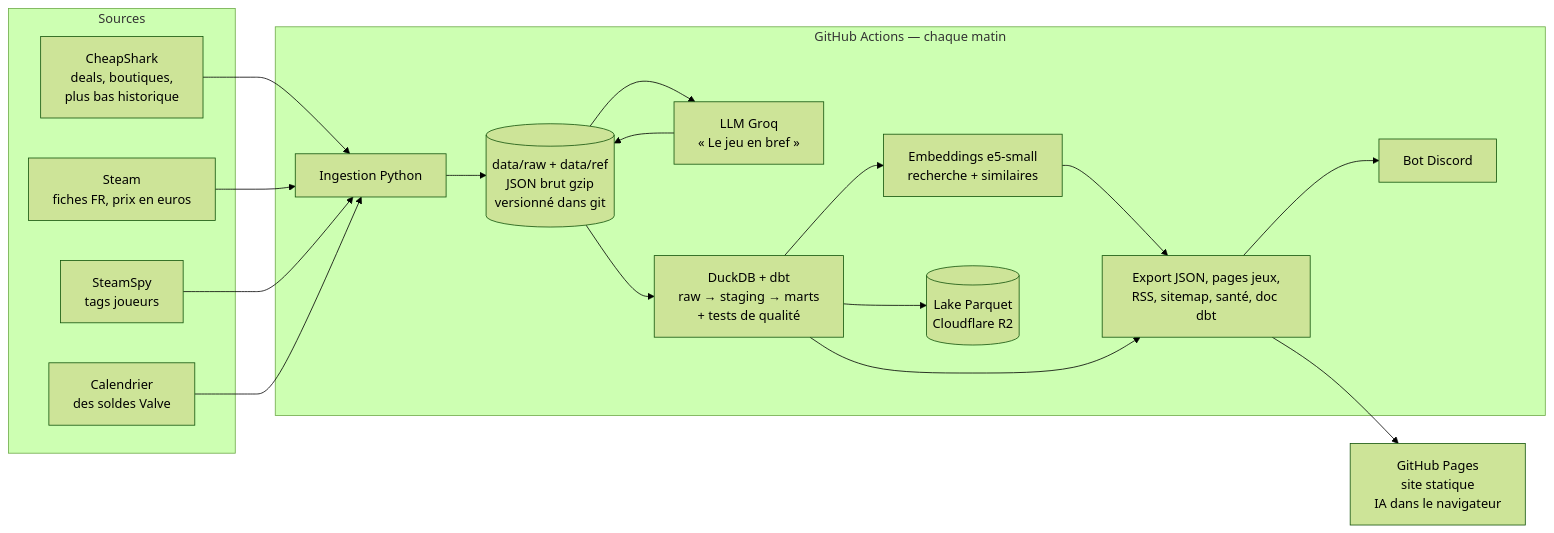
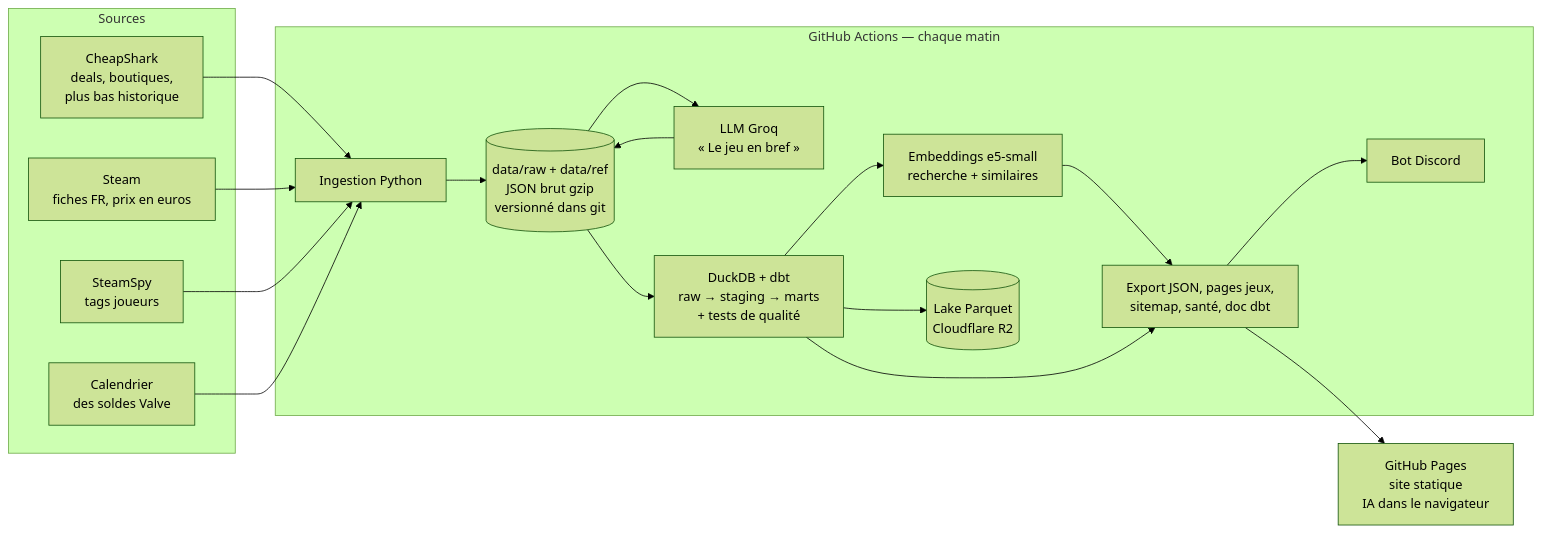
Before and after one commit to Slfire/deal-hunter: the diagram in README.md, drawn with Mermaid (forest theme). The commit also changed other lines of this file and 8 other files, not shown here.

````diff
--- a/README.md
+++ b/README.md
@@ -11,29 +11,29 @@
 ```mermaid
 flowchart LR
     subgraph Sources
         CS[CheapShark<br/>deals, boutiques,<br/>plus bas historique]
         ST[Steam<br/>fiches FR, prix en euros]
         SP[SteamSpy<br/>tags joueurs]
         VC[Calendrier<br/>des soldes Valve]
     end
 
     subgraph "GitHub Actions — chaque matin"
         ING[Ingestion Python]
         RAW[(data/raw + data/ref<br/>JSON brut gzip<br/>versionné dans git)]
         LLM[LLM Groq<br/>« Le jeu en bref »]
         DBT[DuckDB + dbt<br/>raw → staging → marts<br/>+ tests de qualité]
         EMB[Embeddings e5-small<br/>recherche + similaires]
-        PUB[Export JSON, pages jeux,<br/>RSS, sitemap, santé, doc dbt]
+        PUB[Export JSON, pages jeux,<br/>sitemap, santé, doc dbt]
         LAKE[(Lake Parquet<br/>Cloudflare R2)]
         DIS[Bot Discord]
     end
 
     SITE[GitHub Pages<br/>site statique<br/>IA dans le navigateur]
 
     CS & ST & SP & VC --> ING --> RAW
     RAW --> LLM --> RAW
     RAW --> DBT --> EMB --> PUB --> SITE
     DBT --> PUB
     DBT --> LAKE
     PUB --> DIS
 ```
````
